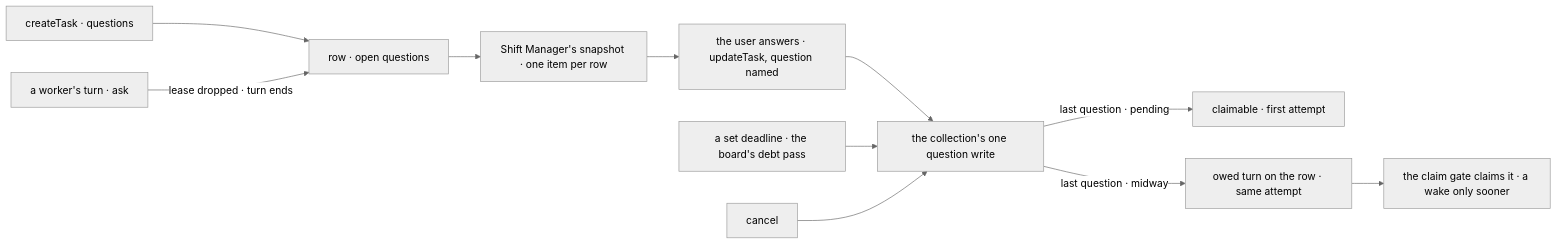
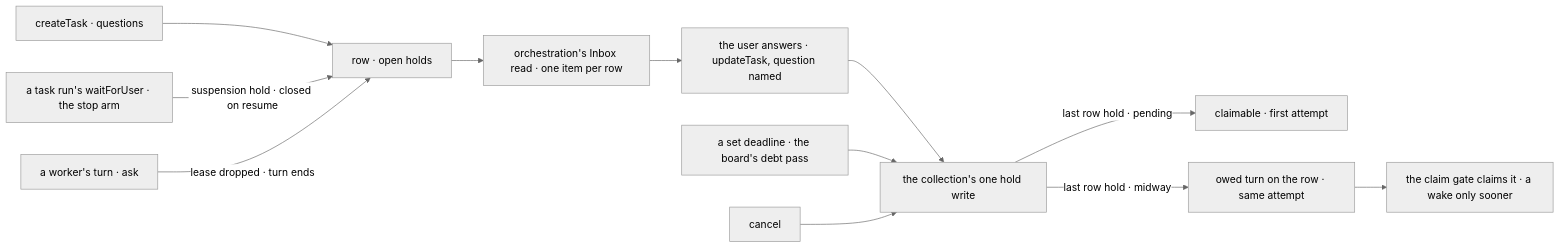
Before and after one commit to fixpoint-labs/flow-state-dev: the second of 2 diagrams in specs/issues/FIX-2133/SPEC.md, drawn with Mermaid (neutral theme). The commit also changed other lines of this file and 12 other files, not shown here.

First line of the commit message:
spec(FIX-2058): one list of holds per task, the Inbox one item type over open holds

````diff
--- a/specs/issues/FIX-2133/SPEC.md
+++ b/specs/issues/FIX-2133/SPEC.md
@@ -96,13 +100,14 @@
 ```mermaid
 flowchart LR
-  F["createTask · questions"] --> R["row · open questions"]
+  F["createTask · questions"] --> R["row · open holds"]
+  X["a task run's waitForUser · the stop arm"] -->|"suspension hold · closed on resume"| R
   K2["a worker's turn · ask"] -->|"lease dropped · turn ends"| R
-  R --> S["Shift Manager's snapshot · one item per row"]
+  R --> S["orchestration's Inbox read · one item per row"]
   S --> U["the user answers · updateTask, question named"]
-  U --> W["the collection's one question write"]
+  U --> W["the collection's one hold write"]
   T["a set deadline · the board's debt pass"] --> W
-  W -->|"last question · pending"| L["claimable · first attempt"]
-  W -->|"last question · midway"| O["owed turn on the row · same attempt"]
+  W -->|"last row hold · pending"| L["claimable · first attempt"]
+  W -->|"last row hold · midway"| O["owed turn on the row · same attempt"]
   O --> G["the claim gate claims it · a wake only sooner"]
   K["cancel"] --> W
 ```
````
